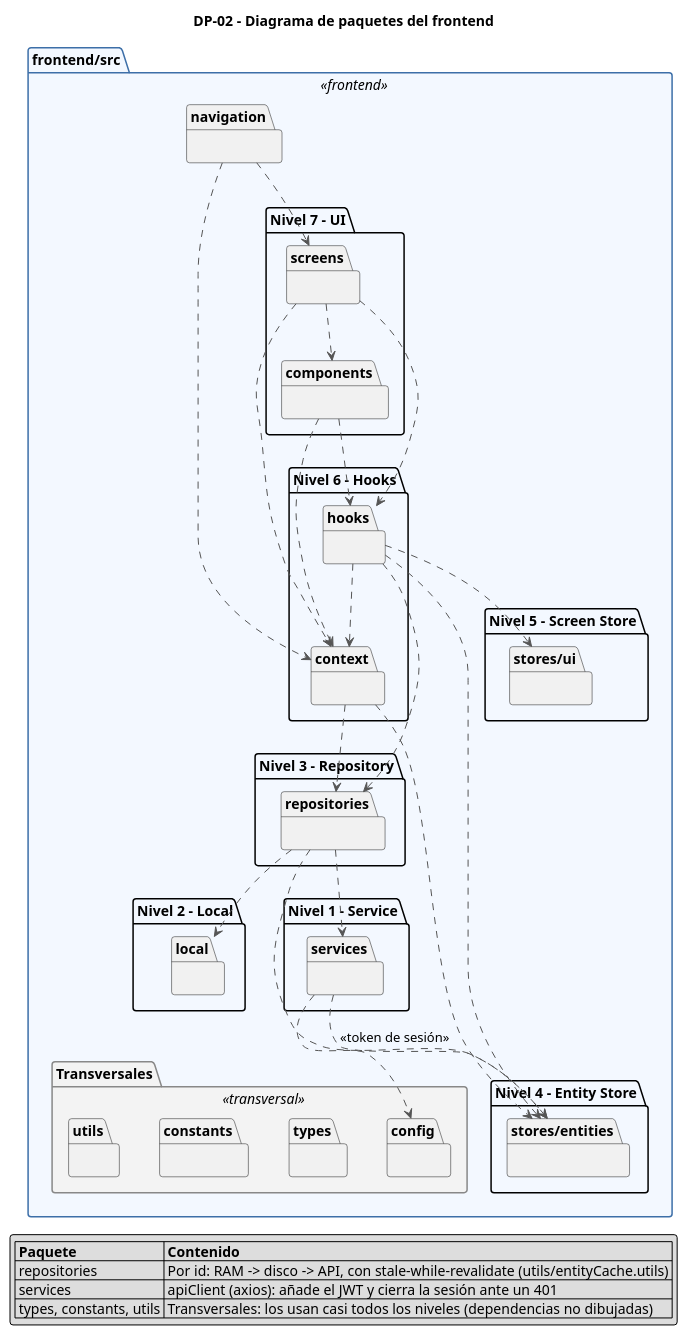
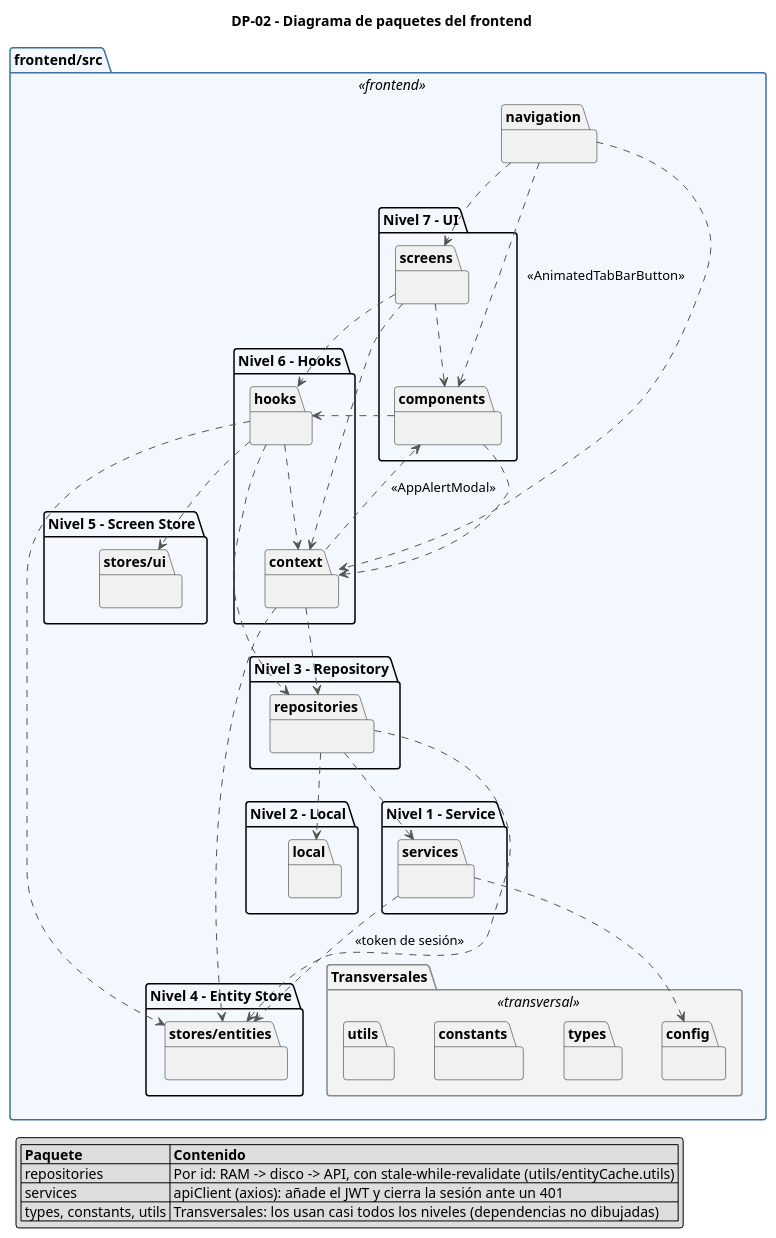
One commit to adrianmahialoredo/TFG changed the diagram in diagrams/architecture/DP02_paquetes_frontend.puml. Above: the diagram before and after it, drawn with PlantUML. The commit also changed 221 other files, not shown here.

```diff
--- a/diagrams/architecture/DP02_paquetes_frontend.puml
+++ b/diagrams/architecture/DP02_paquetes_frontend.puml
@@ -1,110 +1,112 @@
 @startuml DP-02
 title DP-02 - Diagrama de paquetes del frontend
 
 ' Dependencias reales entre carpetas de frontend/src, sacadas de los imports
 ' del código. Una flecha A ..> B significa "A importa algo de B".
 ' No se dibujan las dependencias hacia los paquetes transversales
 ' (types, constants, utils), que usan casi todos los niveles.
 ' Capas y reglas: architecture.md (§12) y frontend/bible.md.
 ' Backend en DP01_paquetes_backend.puml.
 skinparam roundcorner 6
 skinparam packageStyle folder
 set separator none
 skinparam nodesep 40
 skinparam ranksep 55
 skinparam defaultTextAlignment center
 skinparam package {
     BackgroundColor<<frontend>> #F3F8FF
     BorderColor<<frontend>> #3D6FA8
     BackgroundColor<<transversal>> #F3F3F3
     BorderColor<<transversal>> #888888
 }
 skinparam ArrowColor #555555
 
 package "frontend/src" <<frontend>> {
 
     package "navigation" as f_navigation {
     }
 
     package "Nivel 7 - UI" as f_ui {
         package "screens" as f_screens {
         }
         package "components" as f_components {
         }
     }
 
     package "Nivel 6 - Hooks" as f_level6 {
         package "hooks" as f_hooks {
         }
         package "context" as f_context {
         }
     }
 
     package "Nivel 5 - Screen Store" as f_level5 {
         package "stores/ui" as f_stores_ui {
         }
     }
 
     package "Nivel 4 - Entity Store" as f_level4 {
         package "stores/entities" as f_stores_entities {
         }
     }
 
     package "Nivel 3 - Repository" as f_level3 {
         package "repositories" as f_repositories {
         }
     }
 
     package "Nivel 2 - Local" as f_level2 {
         package "local" as f_local {
         }
     }
 
     package "Nivel 1 - Service" as f_level1 {
         package "services" as f_services {
         }
     }
 
     package "Transversales" <<transversal>> as f_transversal {
         package "config" as f_config {
         }
         package "types" as f_types {
         }
         package "constants" as f_constants {
         }
         package "utils" as f_utils {
         }
     }
 }
 
 f_navigation ..> f_screens
 f_navigation ..> f_context
+f_navigation ..> f_components : <<AnimatedTabBarButton>>
 
 f_screens ..> f_components
 f_screens ..> f_hooks
 f_screens ..> f_context
 f_components ..> f_hooks
 f_components ..> f_context
 
 f_hooks ..> f_repositories
 f_hooks ..> f_stores_entities
 f_hooks ..> f_stores_ui
 f_hooks ..> f_context
 f_context ..> f_repositories
 f_context ..> f_stores_entities
+f_context ..> f_components : <<AppAlertModal>>
 
 f_repositories ..> f_services
 f_repositories ..> f_local
 f_repositories ..> f_stores_entities
 
 f_services ..> f_config
 f_services ..> f_stores_entities : <<token de sesión>>
 
 legend bottom left
   |= Paquete |= Contenido |
   | repositories | Por id: RAM -> disco -> API, con stale-while-revalidate (utils/entityCache.utils) |
   | services | apiClient (axios): añade el JWT y cierra la sesión ante un 401 |
   | types, constants, utils | Transversales: los usan casi todos los niveles (dependencias no dibujadas) |
 endlegend
 
 @enduml
```
